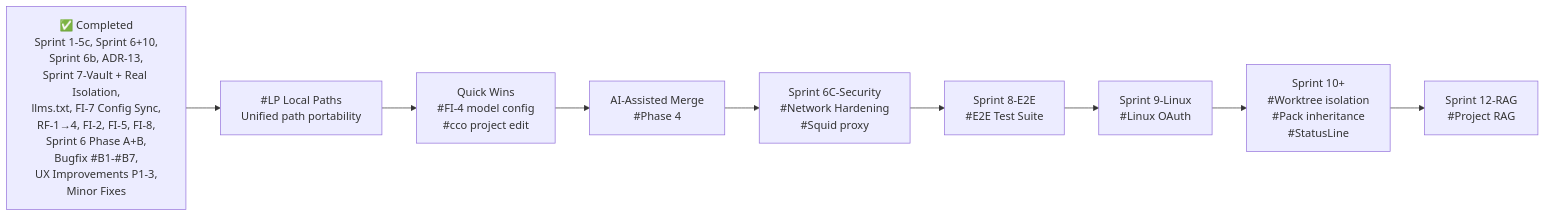
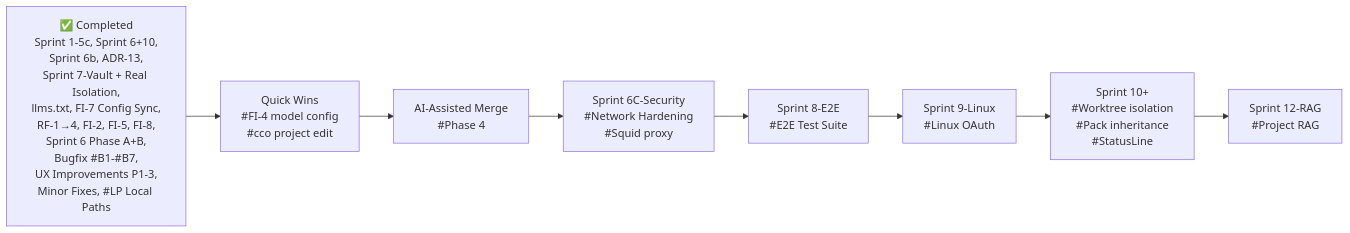
The diagram in docs/maintainer/decisions/roadmap.md (alergyonthestage/claude-orchestrator), drawn with Mermaid before and after one commit. The commit also changed other lines of this file and 7 other files, not shown here.

First line of the commit message:
docs: update roadmap, CLI ref, user guides, and config-editor for #LP

````diff
--- a/docs/maintainer/decisions/roadmap.md
+++ b/docs/maintainer/decisions/roadmap.md
@@ -49,22 +48,20 @@
 ```mermaid
 graph LR
-    DONE["✅ Completed<br/>Sprint 1-5c, Sprint 6+10,<br/>Sprint 6b, ADR-13,<br/>Sprint 7-Vault + Real Isolation,<br/>llms.txt, FI-7 Config Sync,<br/>RF-1→4, FI-2, FI-5, FI-8,<br/>Sprint 6 Phase A+B,<br/>Bugfix #B1-#B7,<br/>UX Improvements P1-3,<br/>Minor Fixes"]
+    DONE["✅ Completed<br/>Sprint 1-5c, Sprint 6+10,<br/>Sprint 6b, ADR-13,<br/>Sprint 7-Vault + Real Isolation,<br/>llms.txt, FI-7 Config Sync,<br/>RF-1→4, FI-2, FI-5, FI-8,<br/>Sprint 6 Phase A+B,<br/>Bugfix #B1-#B7,<br/>UX Improvements P1-3,<br/>Minor Fixes, #LP Local Paths"]
 
-    LP["#LP Local Paths<br/>Unified path portability"]
     QW["Quick Wins<br/>#FI-4 model config<br/>#cco project edit"]
     AIM["AI-Assisted Merge<br/>#Phase 4"]
     S6S["Sprint 6C-Security<br/>#Network Hardening<br/>#Squid proxy"]
     S8E["Sprint 8-E2E<br/>#E2E Test Suite"]
     S9L["Sprint 9-Linux<br/>#Linux OAuth"]
     S10["Sprint 10+<br/>#Worktree isolation<br/>#Pack inheritance<br/>#StatusLine"]
     S12R["Sprint 12-RAG<br/>#Project RAG"]
 
-    DONE --> LP
-    LP --> QW
+    DONE --> QW
     QW --> AIM
     AIM --> S6S
     S6S --> S8E
     S8E --> S9L
     S9L --> S10
     S10 --> S12R
 ```
````
